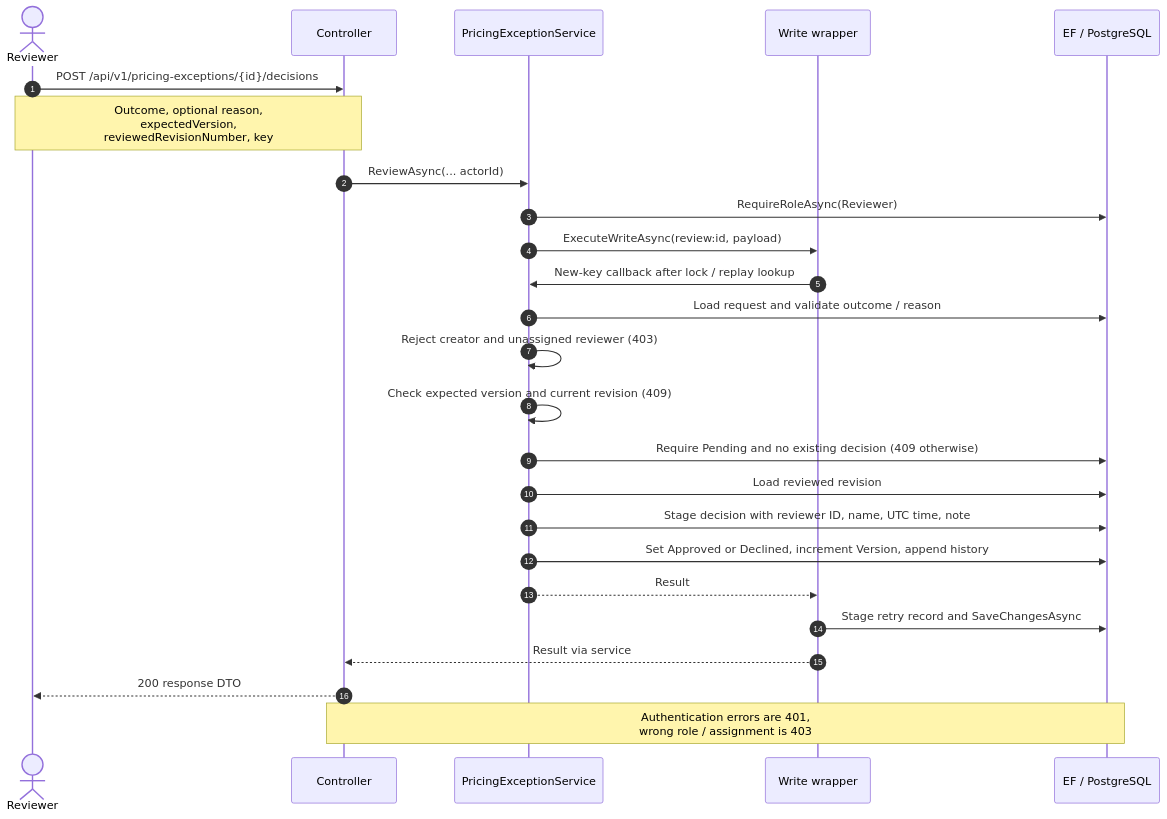
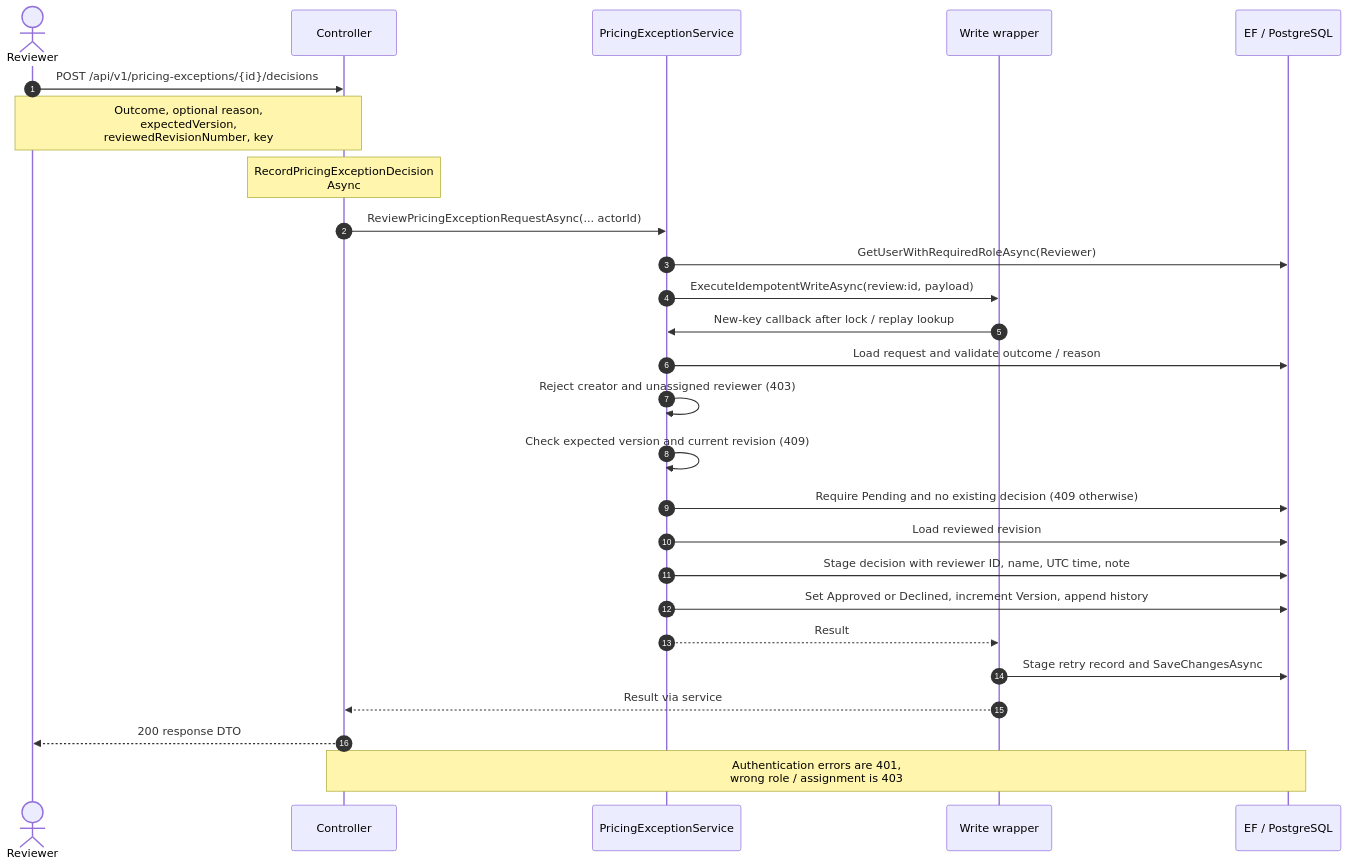
The diagram in Backend/BlueHarvest.PricingExceptions/docs/CurrentImplementation/diagrams/04-review-decision.mmd (FerdinandGang4/Mortgage-pricing-exception-requests-Application), drawn with Mermaid before and after one commit. The commit also changed 128 other files, not shown here.

```diff
--- a/Backend/BlueHarvest.PricingExceptions/docs/CurrentImplementation/diagrams/04-review-decision.mmd
+++ b/Backend/BlueHarvest.PricingExceptions/docs/CurrentImplementation/diagrams/04-review-decision.mmd
@@ -1,25 +1,26 @@
 sequenceDiagram
     autonumber
     actor R as Reviewer
     participant C as Controller
     participant S as PricingExceptionService
     participant W as Write wrapper
     participant D as EF / PostgreSQL
     R->>C: POST /api/v1/pricing-exceptions/{id}/decisions
     Note over R,C: Outcome, optional reason,<br/>expectedVersion,<br/>reviewedRevisionNumber, key
-    C->>S: ReviewAsync(... actorId)
-    S->>D: RequireRoleAsync(Reviewer)
-    S->>W: ExecuteWriteAsync(review:id, payload)
+    Note over C: RecordPricingExceptionDecision<br/>Async
+    C->>S: ReviewPricingExceptionRequestAsync(... actorId)
+    S->>D: GetUserWithRequiredRoleAsync(Reviewer)
+    S->>W: ExecuteIdempotentWriteAsync(review:id, payload)
     W->>S: New-key callback after lock / replay lookup
     S->>D: Load request and validate outcome / reason
     S->>S: Reject creator and unassigned reviewer (403)
     S->>S: Check expected version and current revision (409)
     S->>D: Require Pending and no existing decision (409 otherwise)
     S->>D: Load reviewed revision
     S->>D: Stage decision with reviewer ID, name, UTC time, note
     S->>D: Set Approved or Declined, increment Version, append history
     S-->>W: Result
     W->>D: Stage retry record and SaveChangesAsync
     W-->>C: Result via service
     C-->>R: 200 response DTO
     Note over C,D: Authentication errors are 401,<br/>wrong role / assignment is 403
```
